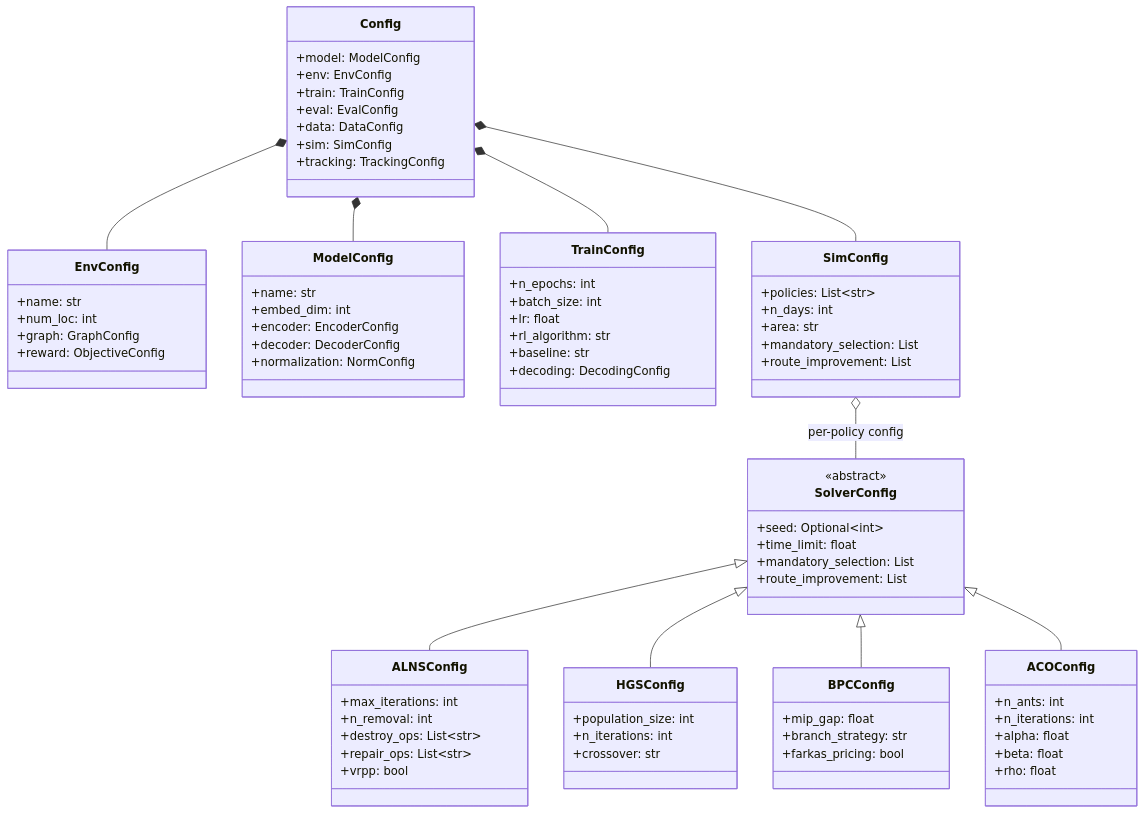
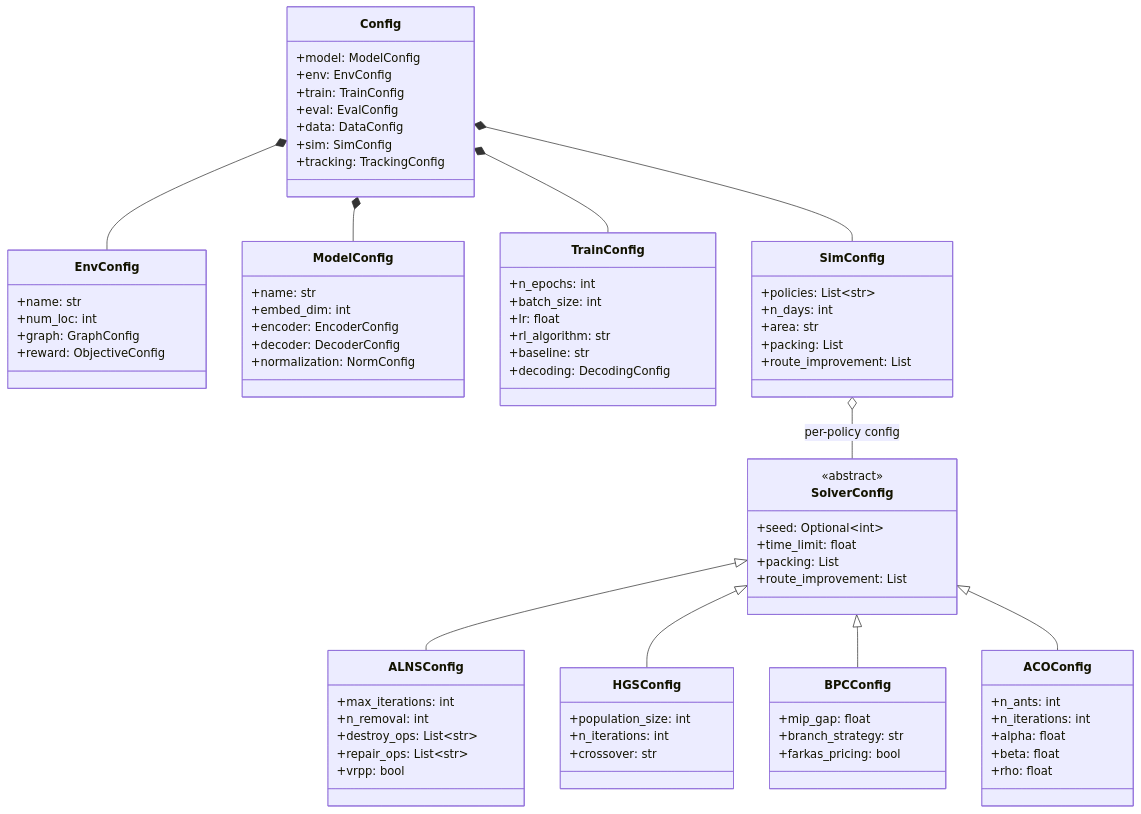
One commit to ACFHarbinger/WSmart-RoutePlus changed the seventh of 11 diagrams in docs/moon/ARCHITECTURE.md. Above: the diagram before and after it, drawn with Mermaid. The commit also changed other lines of this file and 58 other files, not shown here.

First line of the commit message:
docs: call mandatory selection packing and route constructors routing algorithms

```diff
--- a/docs/moon/ARCHITECTURE.md
+++ b/docs/moon/ARCHITECTURE.md
@@ -594,14 +594,14 @@
         +policies: List~str~
         +n_days: int
         +area: str
-        +mandatory_selection: List
+        +packing: List
         +route_improvement: List
     }
     class SolverConfig {
         <<abstract>>
         +seed: Optional~int~
         +time_limit: float
-        +mandatory_selection: List
+        +packing: List
         +route_improvement: List
     }
     class ALNSConfig {
```
